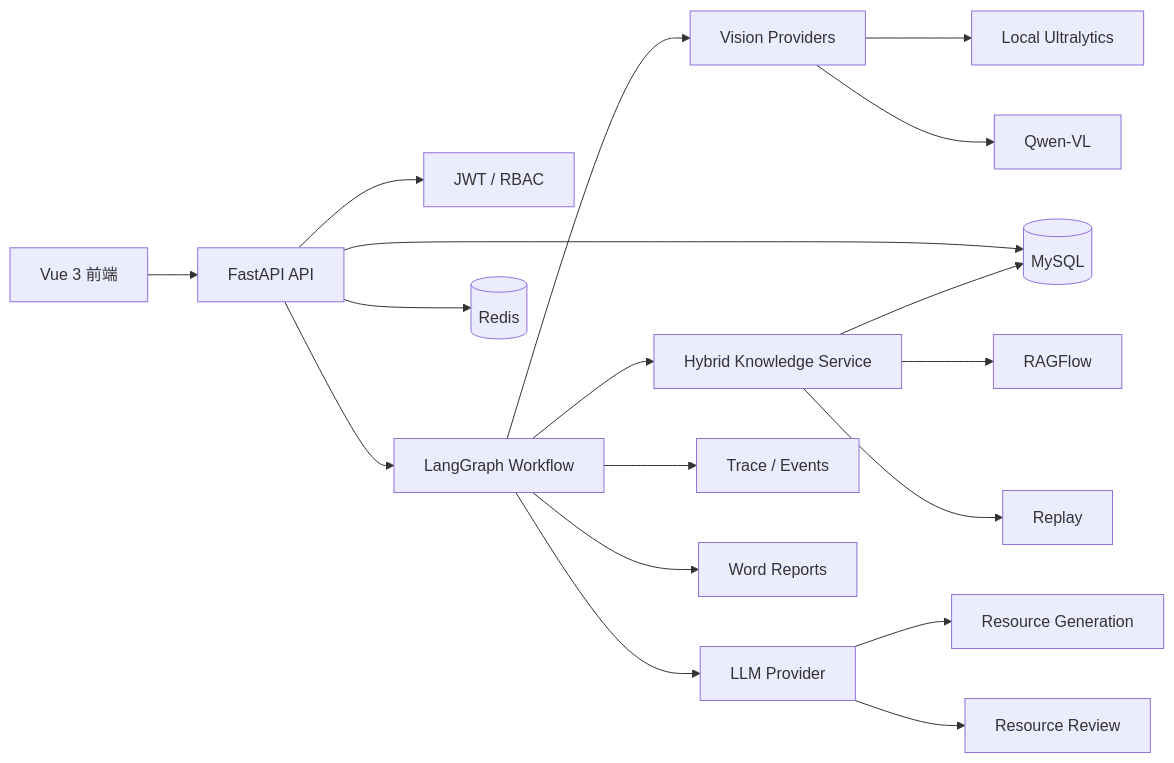
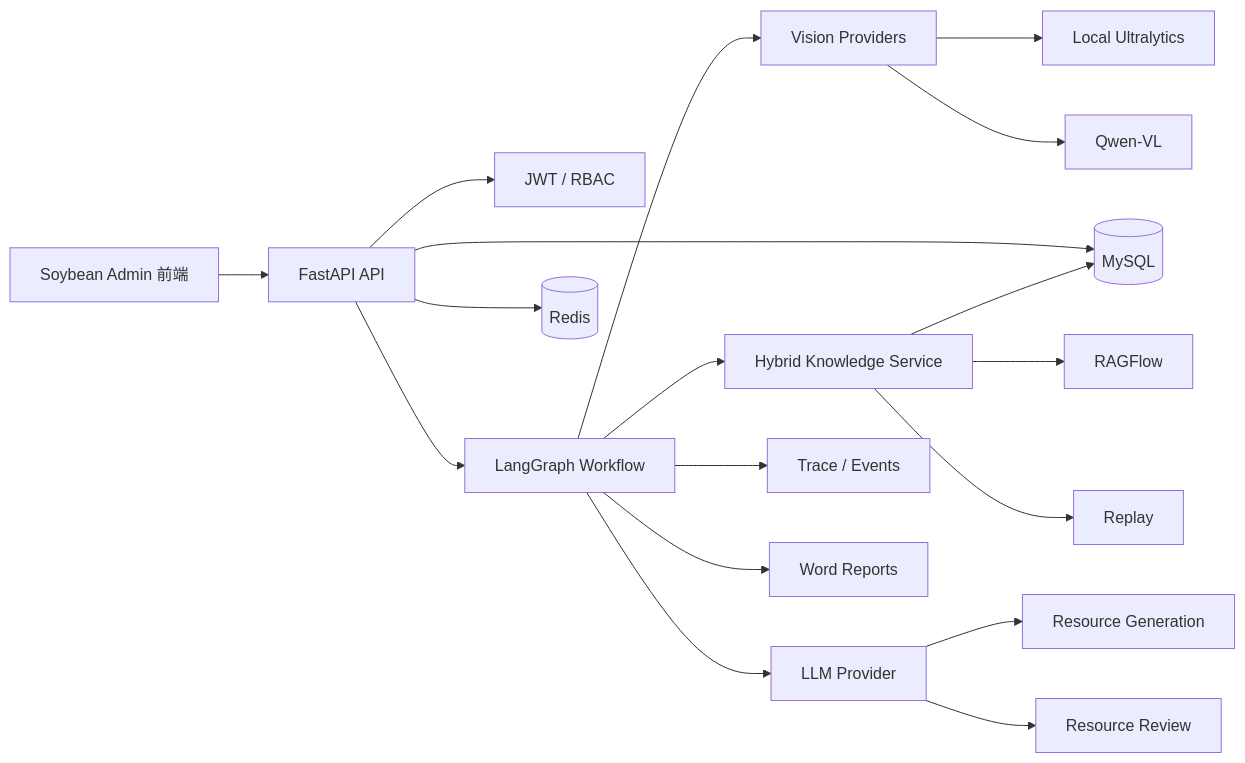
One commit to ywb2164/HerbWise-AI changed the diagram in README.md. Above: the diagram before and after it, drawn with Mermaid.

Commit message:
Update frontend name in architecture diagram

````diff
--- a/README.md
+++ b/README.md
@@ -274,24 +274,24 @@
 ```mermaid
 flowchart LR
-    UI[Vue 3 前端] --> API[FastAPI API]
+    UI[Soybean Admin 前端] --> API[FastAPI API]
     API --> AUTH[JWT / RBAC]
     API --> WF[LangGraph Workflow]
     API --> DB[(MySQL)]
     API --> REDIS[(Redis)]
 
     WF --> VISION[Vision Providers]
     VISION --> LOCAL[Local Ultralytics]
     VISION --> QWEN[Qwen-VL]
 
     WF --> RAG[Hybrid Knowledge Service]
     RAG --> DB
     RAG --> RAGFLOW[RAGFlow]
     RAG --> REPLAY[Replay]
 
     WF --> LLM[LLM Provider]
     LLM --> GEN[Resource Generation]
     LLM --> REVIEW[Resource Review]
 
     WF --> TRACE[Trace / Events]
     WF --> REPORT[Word Reports]
 ```
````
